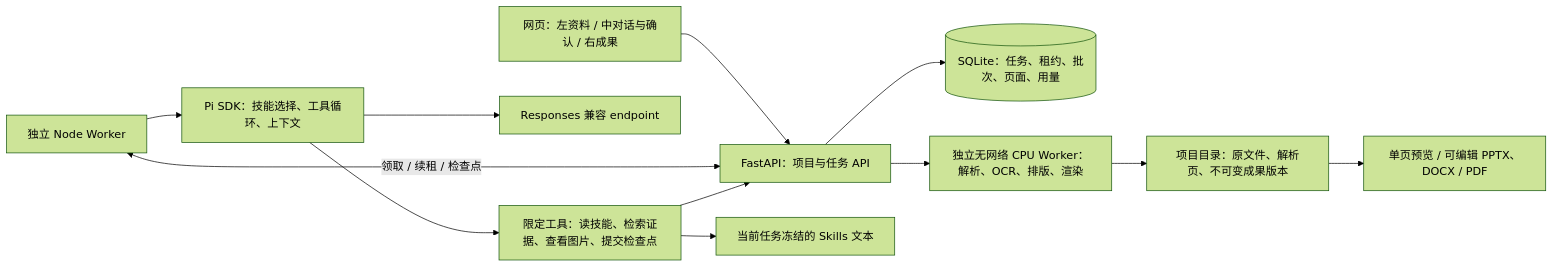
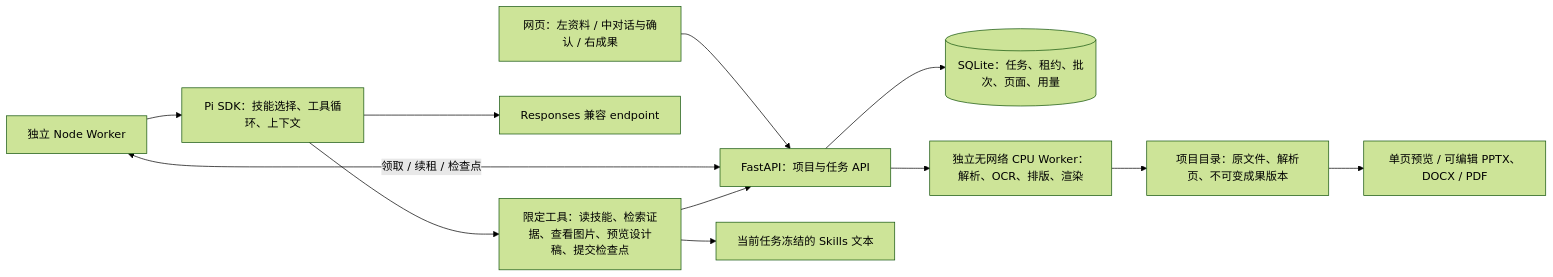
One commit to jingwenadc/archflow changed the first of 2 diagrams in PRODUCT_DESIGN.md. Above: the diagram before and after it, drawn with Mermaid (forest theme). The commit also changed other lines of this file and 18 other files, not shown here.

````diff
--- a/PRODUCT_DESIGN.md
+++ b/PRODUCT_DESIGN.md
@@ -7,14 +7,14 @@
 ```mermaid
 flowchart LR
     UI[网页：左资料 / 中对话与确认 / 右成果] --> API[FastAPI：项目与任务 API]
     API --> DB[(SQLite：任务、租约、批次、页面、用量)]
     W[独立 Node Worker] <-->|领取 / 续租 / 检查点| API
     W --> PI[Pi SDK：技能选择、工具循环、上下文]
     PI --> LLM[Responses 兼容 endpoint]
-    PI --> T[限定工具：读技能、检索证据、查看图片、提交检查点]
+    PI --> T[限定工具：读技能、检索证据、查看图片、预览设计稿、提交检查点]
     T --> S[当前任务冻结的 Skills 文本]
     T --> API
     API --> CPU[独立无网络 CPU Worker：解析、OCR、排版、渲染]
     CPU --> FILES[项目目录：原文件、解析页、不可变成果版本]
     FILES --> OUT[单页预览 / 可编辑 PPTX、DOCX / PDF]
 ```
````
